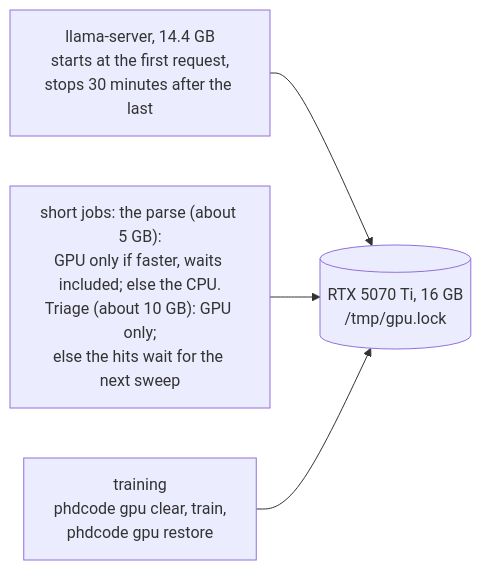
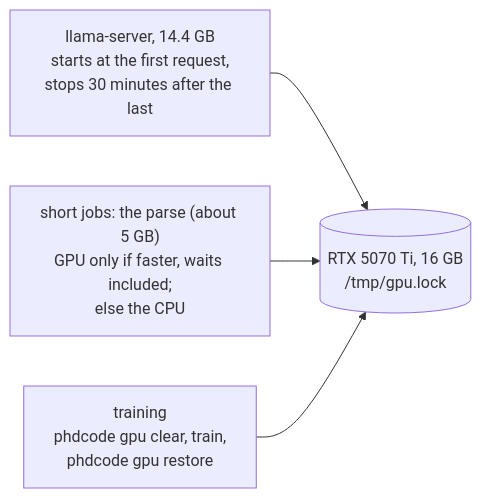
One commit to fuminaba/phdcode changed the sixth of 6 diagrams in docs/how-it-works.md. Above: the diagram before and after it, drawn with Mermaid. The commit also changed other lines of this file and 21 other files, not shown here.

````diff
--- a/docs/how-it-works.md
+++ b/docs/how-it-works.md
@@ -157,6 +158,6 @@
 ```mermaid
 flowchart LR
   L["llama-server, 14.4 GB<br/>starts at the first request,<br/>stops 30 minutes after the last"] --> G[("RTX 5070 Ti, 16 GB<br/>/tmp/gpu.lock")]
-  J["short jobs: the parse (about 5 GB):<br/>GPU only if faster, waits included; else the CPU.<br/>Triage (about 10 GB): GPU only;<br/>else the hits wait for the next sweep"] --> G
+  J["short jobs: the parse (about 5 GB)<br/>GPU only if faster, waits included;<br/>else the CPU"] --> G
   TR["training<br/>phdcode gpu clear, train,<br/>phdcode gpu restore"] --> G
 ```
````
